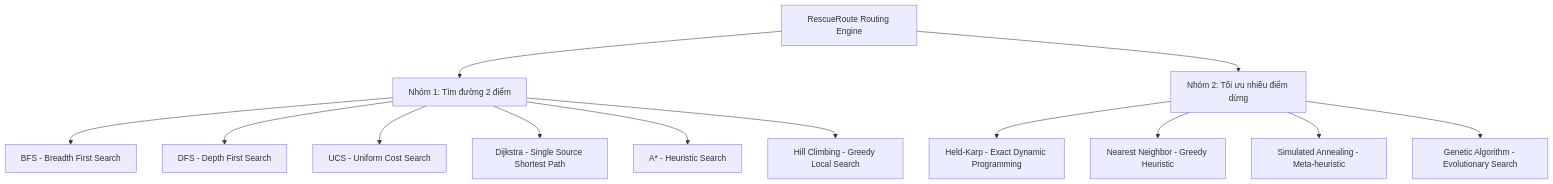
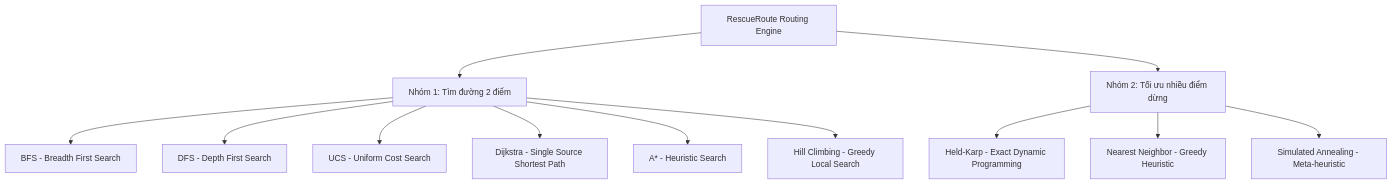
The first of 2 diagrams in docs/development/algorithm-benchmarking.md (HoangCaoPhong/RescueRoute), drawn with Mermaid before and after one commit. The commit also changed other lines of this file and 4 other files, not shown here.

Commit message:
chore: remove Genetic Algorithm references from benchmark notebook and documentation

````diff
--- a/docs/development/algorithm-benchmarking.md
+++ b/docs/development/algorithm-benchmarking.md
@@ -19,17 +19,16 @@
 ```mermaid
 graph TD
     A[RescueRoute Routing Engine] --> B[Nhóm 1: Tìm đường 2 điểm]
     A --> C[Nhóm 2: Tối ưu nhiều điểm dừng]
     
     B --> B1[BFS - Breadth First Search]
     B --> B2[DFS - Depth First Search]
     B --> B3[UCS - Uniform Cost Search]
     B --> B4[Dijkstra - Single Source Shortest Path]
     B --> B5[A* - Heuristic Search]
     B --> B6[Hill Climbing - Greedy Local Search]
     
     C --> C1[Held-Karp - Exact Dynamic Programming]
     C --> C2[Nearest Neighbor - Greedy Heuristic]
     C --> C3[Simulated Annealing - Meta-heuristic]
-    C --> C4[Genetic Algorithm - Evolutionary Search]
 ```
````
